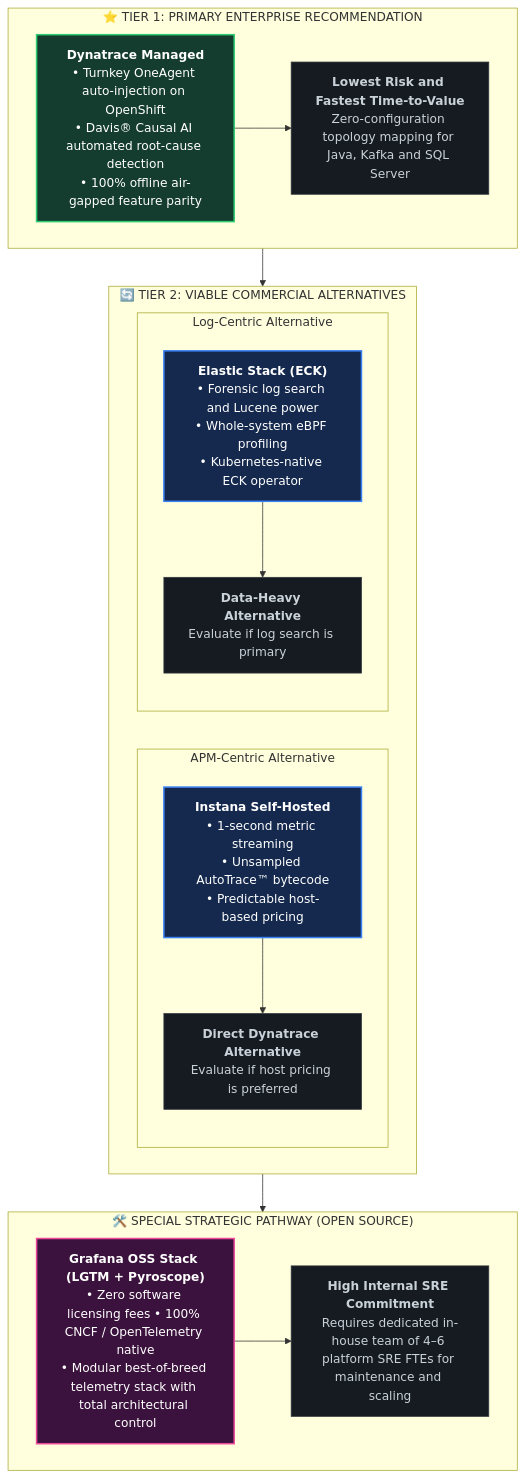
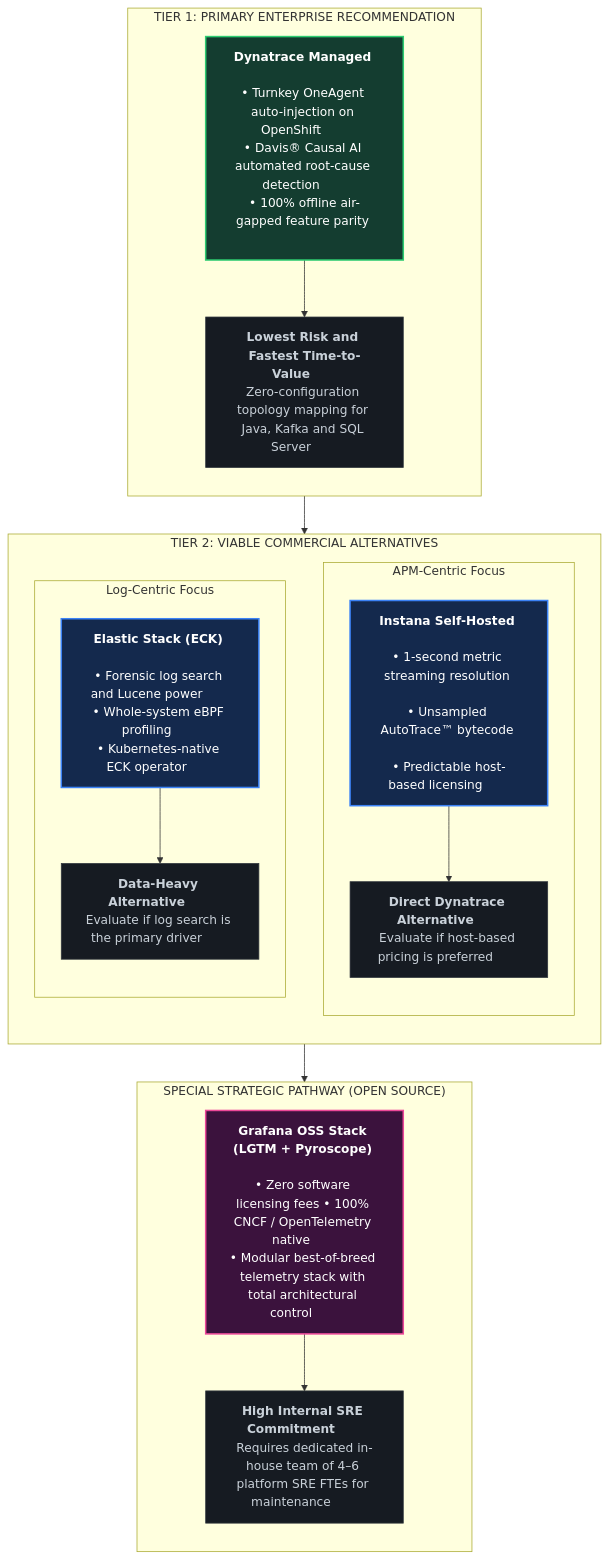
One commit to nubenetes/observability-platforms-comparison changed the sixth of 7 diagrams in README.md. Above: the diagram before and after it, drawn with Mermaid.

Commit message:
fix(docs): expand Section 8 mermaid boxes with buffer padding and vertical alignment to guarantee complete words

````diff
--- a/README.md
+++ b/README.md
@@ -247,35 +247,40 @@
 ```mermaid
 flowchart TD
     classDef t1 fill:#143d30,stroke:#2ecc71,stroke-width:2px,color:#fff;
     classDef t2 fill:#14294d,stroke:#3b82f6,stroke-width:2px,color:#fff;
     classDef toss fill:#3b123d,stroke:#ec4899,stroke-width:2px,color:#fff;
     classDef out fill:#161b22,stroke:#30363d,stroke-width:1px,color:#c9d1d9;
 
-    subgraph T1_Box [" ⭐ TIER 1: PRIMARY ENTERPRISE RECOMMENDATION "]
-        T1["<b>Dynatrace Managed</b><br/>• Turnkey OneAgent auto-injection on OpenShift<br/>• Davis® Causal AI automated root-cause detection<br/>• 100% offline air-gapped feature parity"]:::t1
-        O1["<b>Lowest Risk and Fastest Time-to-Value</b><br/>Zero-configuration topology mapping for Java, Kafka and SQL Server"]:::out
+    subgraph T1_Box [" &nbsp;&nbsp;&nbsp;&nbsp;&nbsp; TIER 1: PRIMARY ENTERPRISE RECOMMENDATION &nbsp;&nbsp;&nbsp;&nbsp;&nbsp; "]
+        direction TB
+        T1["<b>Dynatrace Managed</b> &nbsp;&nbsp;&nbsp;&nbsp;&nbsp;&nbsp;<br/>• Turnkey OneAgent auto-injection on OpenShift &nbsp;&nbsp;&nbsp;&nbsp;&nbsp;&nbsp;<br/>• Davis® Causal AI automated root-cause detection &nbsp;&nbsp;&nbsp;&nbsp;&nbsp;&nbsp;<br/>• 100% offline air-gapped feature parity &nbsp;&nbsp;&nbsp;&nbsp;&nbsp;&nbsp;"]:::t1
+        O1["<b>Lowest Risk and Fastest Time-to-Value</b> &nbsp;&nbsp;&nbsp;&nbsp;&nbsp;&nbsp;<br/>Zero-configuration topology mapping for Java, Kafka and SQL Server &nbsp;&nbsp;&nbsp;&nbsp;&nbsp;&nbsp;"]:::out
         T1 --> O1
     end
 
-    subgraph T2_Box [" 🔄 TIER 2: VIABLE COMMERCIAL ALTERNATIVES "]
-        subgraph T2A_Box ["APM-Centric Alternative"]
-            T2A["<b>Instana Self-Hosted</b><br/>• 1-second metric streaming<br/>• Unsampled AutoTrace™ bytecode<br/>• Predictable host-based pricing"]:::t2
-            O2A["<b>Direct Dynatrace Alternative</b><br/>Evaluate if host pricing is preferred"]:::out
+    subgraph T2_Box [" &nbsp;&nbsp;&nbsp;&nbsp;&nbsp; TIER 2: VIABLE COMMERCIAL ALTERNATIVES &nbsp;&nbsp;&nbsp;&nbsp;&nbsp; "]
+        direction TB
+        subgraph T2A_Box [" &nbsp;&nbsp;&nbsp; APM-Centric Focus &nbsp;&nbsp;&nbsp; "]
+            direction TB
+            T2A["<b>Instana Self-Hosted</b> &nbsp;&nbsp;&nbsp;&nbsp;&nbsp;&nbsp;<br/>• 1-second metric streaming resolution &nbsp;&nbsp;&nbsp;&nbsp;&nbsp;&nbsp;<br/>• Unsampled AutoTrace™ bytecode &nbsp;&nbsp;&nbsp;&nbsp;&nbsp;&nbsp;<br/>• Predictable host-based licensing &nbsp;&nbsp;&nbsp;&nbsp;&nbsp;&nbsp;"]:::t2
+            O2A["<b>Direct Dynatrace Alternative</b> &nbsp;&nbsp;&nbsp;&nbsp;&nbsp;&nbsp;<br/>Evaluate if host-based pricing is preferred &nbsp;&nbsp;&nbsp;&nbsp;&nbsp;&nbsp;"]:::out
             T2A --> O2A
         end
-        subgraph T2B_Box ["Log-Centric Alternative"]
-            T2B["<b>Elastic Stack (ECK)</b><br/>• Forensic log search and Lucene power<br/>• Whole-system eBPF profiling<br/>• Kubernetes-native ECK operator"]:::t2
-            O2B["<b>Data-Heavy Alternative</b><br/>Evaluate if log search is primary"]:::out
+        subgraph T2B_Box [" &nbsp;&nbsp;&nbsp; Log-Centric Focus &nbsp;&nbsp;&nbsp; "]
+            direction TB
+            T2B["<b>Elastic Stack (ECK)</b> &nbsp;&nbsp;&nbsp;&nbsp;&nbsp;&nbsp;<br/>• Forensic log search and Lucene power &nbsp;&nbsp;&nbsp;&nbsp;&nbsp;&nbsp;<br/>• Whole-system eBPF profiling &nbsp;&nbsp;&nbsp;&nbsp;&nbsp;&nbsp;<br/>• Kubernetes-native ECK operator &nbsp;&nbsp;&nbsp;&nbsp;&nbsp;&nbsp;"]:::t2
+            O2B["<b>Data-Heavy Alternative</b> &nbsp;&nbsp;&nbsp;&nbsp;&nbsp;&nbsp;<br/>Evaluate if log search is the primary driver &nbsp;&nbsp;&nbsp;&nbsp;&nbsp;&nbsp;"]:::out
             T2B --> O2B
         end
     end
 
-    subgraph TOSS_Box [" 🛠️ SPECIAL STRATEGIC PATHWAY (OPEN SOURCE) "]
-        TOSS["<b>Grafana OSS Stack (LGTM + Pyroscope)</b><br/>• Zero software licensing fees • 100% CNCF / OpenTelemetry native<br/>• Modular best-of-breed telemetry stack with total architectural control"]:::toss
-        O3["<b>High Internal SRE Commitment</b><br/>Requires dedicated in-house team of 4–6 platform SRE FTEs for maintenance and scaling"]:::out
+    subgraph TOSS_Box [" &nbsp;&nbsp;&nbsp;&nbsp;&nbsp; SPECIAL STRATEGIC PATHWAY (OPEN SOURCE) &nbsp;&nbsp;&nbsp;&nbsp;&nbsp; "]
+        direction TB
+        TOSS["<b>Grafana OSS Stack (LGTM + Pyroscope)</b> &nbsp;&nbsp;&nbsp;&nbsp;&nbsp;&nbsp;<br/>• Zero software licensing fees • 100% CNCF / OpenTelemetry native &nbsp;&nbsp;&nbsp;&nbsp;&nbsp;&nbsp;<br/>• Modular best-of-breed telemetry stack with total architectural control &nbsp;&nbsp;&nbsp;&nbsp;&nbsp;&nbsp;"]:::toss
+        O3["<b>High Internal SRE Commitment</b> &nbsp;&nbsp;&nbsp;&nbsp;&nbsp;&nbsp;<br/>Requires dedicated in-house team of 4–6 platform SRE FTEs for maintenance &nbsp;&nbsp;&nbsp;&nbsp;&nbsp;&nbsp;"]:::out
         TOSS --> O3
     end
 
     T1_Box --> T2_Box
     T2_Box --> TOSS_Box
 ```
````
